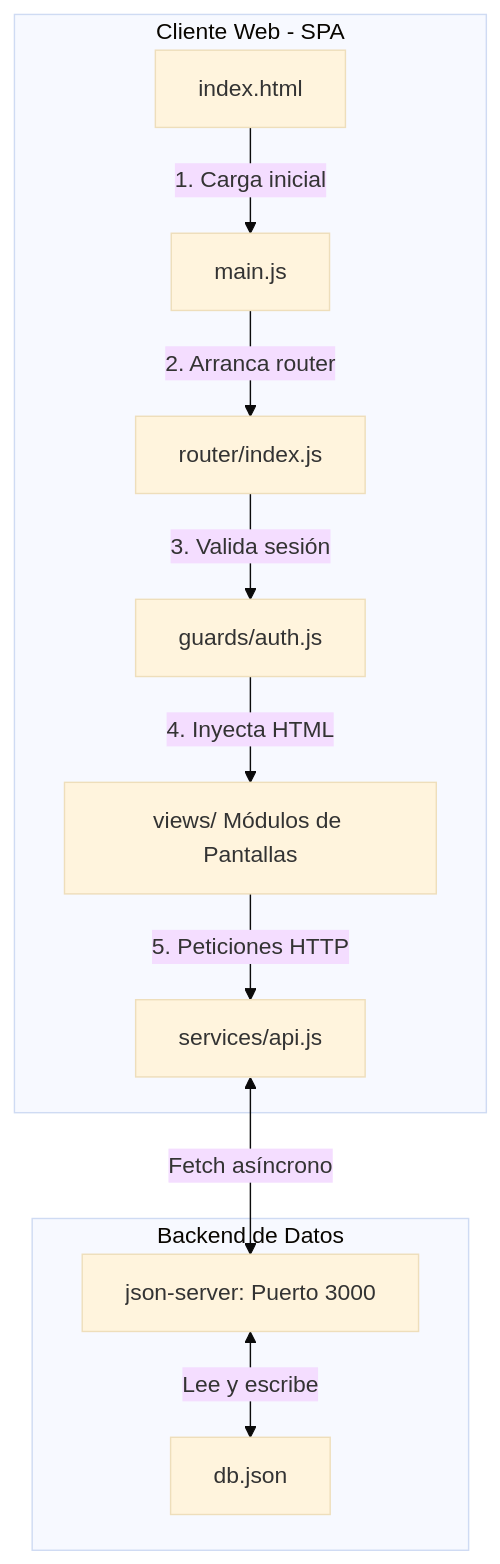
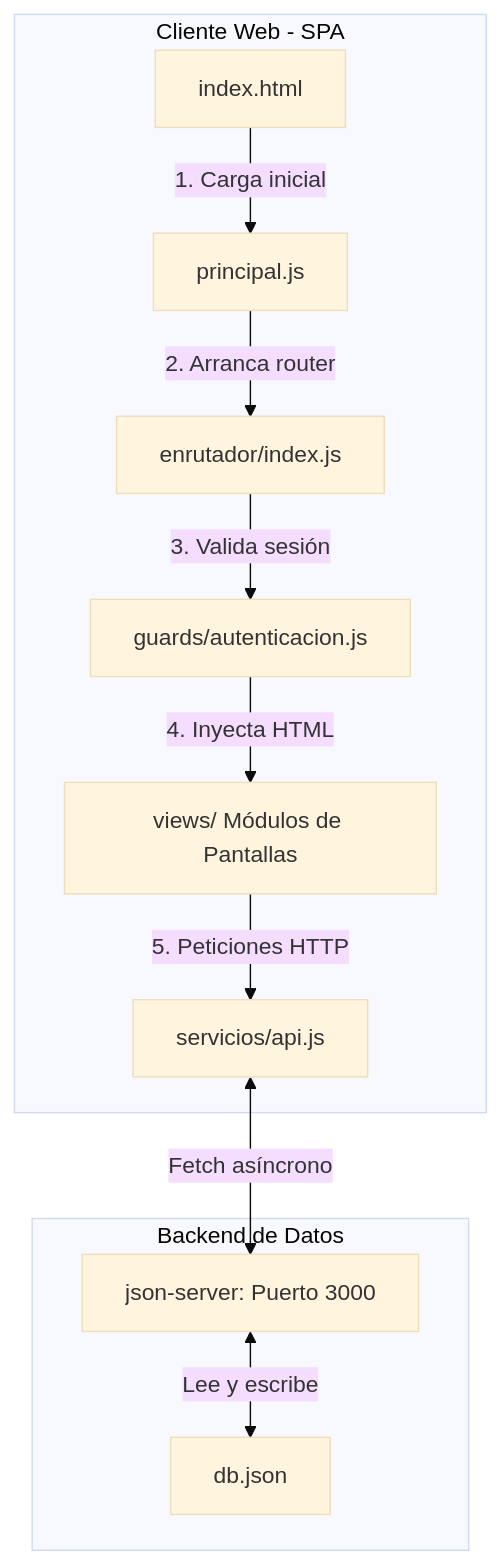
One commit to juanjo2409/pruebaJavaS changed the diagram in sustentacion.md. Above: the diagram before and after it, drawn with Mermaid (base theme). The commit also changed other lines of this file and 20 other files, not shown here.

````diff
--- a/sustentacion.md
+++ b/sustentacion.md
@@ -22,14 +22,14 @@
 ```mermaid
 graph TD
     subgraph Navegador [Cliente Web - SPA]
-        A[index.html] -->|1. Carga inicial| B[main.js]
-        B -->|2. Arranca router| C[router/index.js]
-        C -->|3. Valida sesión| D[guards/auth.js]
+        A[index.html] -->|1. Carga inicial| B[principal.js]
+        B -->|2. Arranca router| C[enrutador/index.js]
+        C -->|3. Valida sesión| D[guards/autenticacion.js]
         D -->|4. Inyecta HTML| E[views/ Módulos de Pantallas]
-        E -->|5. Peticiones HTTP| F[services/api.js]
+        E -->|5. Peticiones HTTP| F[servicios/api.js]
       end
       subgraph Servidor [Backend de Datos]
         F <-->|Fetch asíncrono| G[json-server: Puerto 3000]
         G <-->|Lee y escribe| H[db.json]
       end
 ```
````
